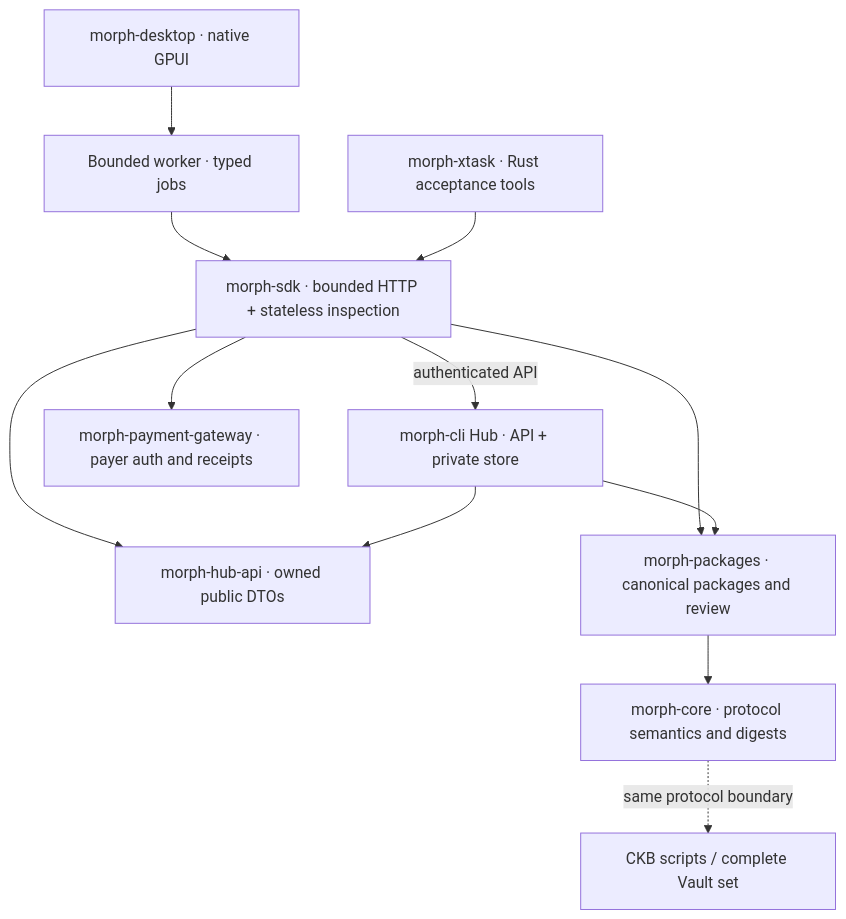
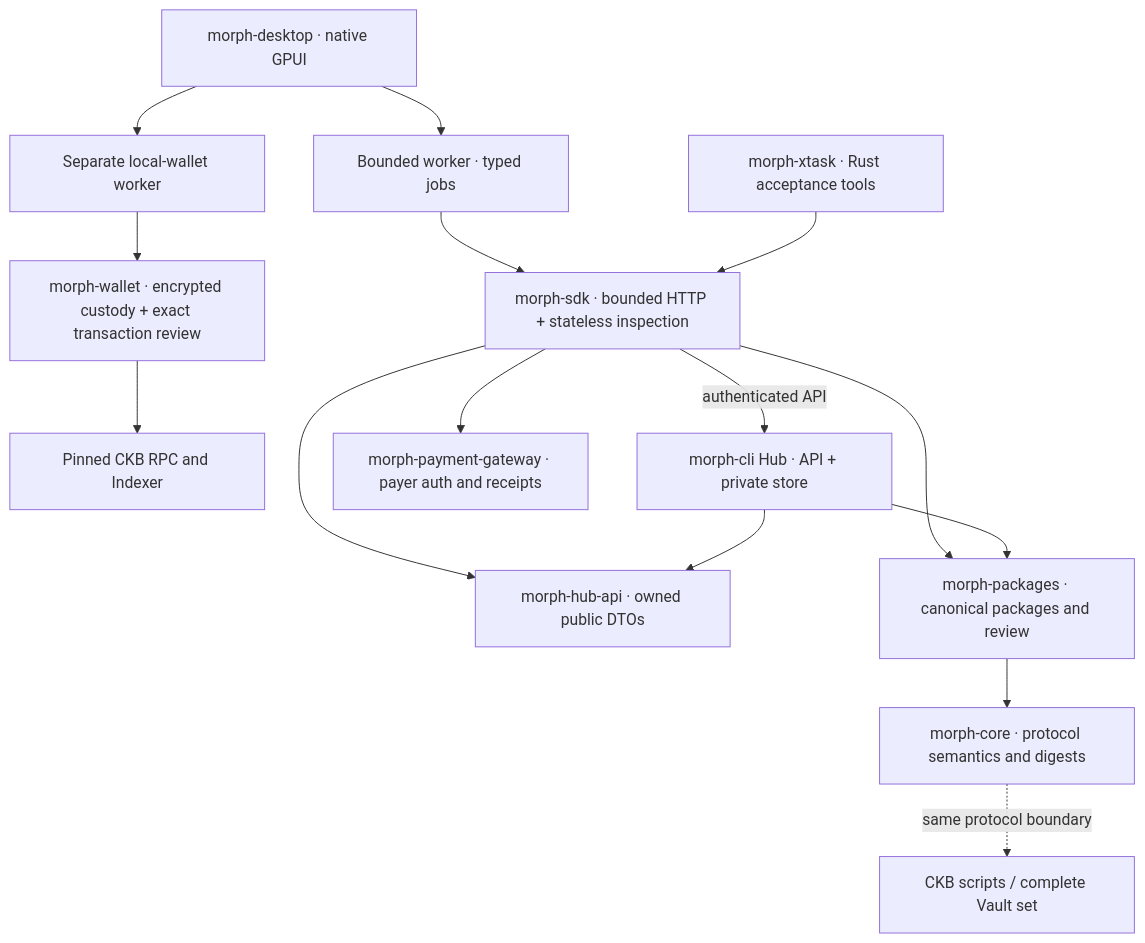
The first of 2 diagrams in docs/native-desktop.md (Morph-Channel-Network/Morph), drawn with Mermaid before and after one commit. The commit also changed other lines of this file and 684 other files, not shown here.

First line of the commit message:
Qualify current Morph custody, native client and W1 runtime boundaries

````diff
--- a/docs/native-desktop.md
+++ b/docs/native-desktop.md
@@ -51,14 +55,17 @@
 ```mermaid
 flowchart TB
     D["morph-desktop · native GPUI"] --> W["Bounded worker · typed jobs"]
+    D --> L["Separate local-wallet worker"]
+    L --> K["morph-wallet · encrypted custody + exact transaction review"]
+    K --> R["Pinned CKB RPC and Indexer"]
     W --> S["morph-sdk · bounded HTTP + stateless inspection"]
     S --> A["morph-hub-api · owned public DTOs"]
     S --> P["morph-packages · canonical packages and review"]
     H["morph-cli Hub · API + private store"] --> A
     H --> P
     X["morph-xtask · Rust acceptance tools"] --> S
     P --> C["morph-core · protocol semantics and digests"]
     S --> G["morph-payment-gateway · payer auth and receipts"]
     S -->|"authenticated API"| H
     C -. "same protocol boundary" .-> V["CKB scripts / complete Vault set"]
 ```
````
